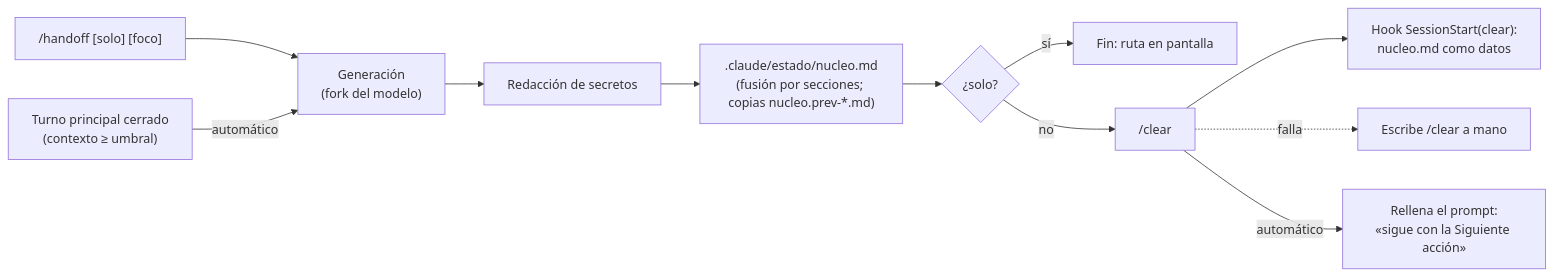
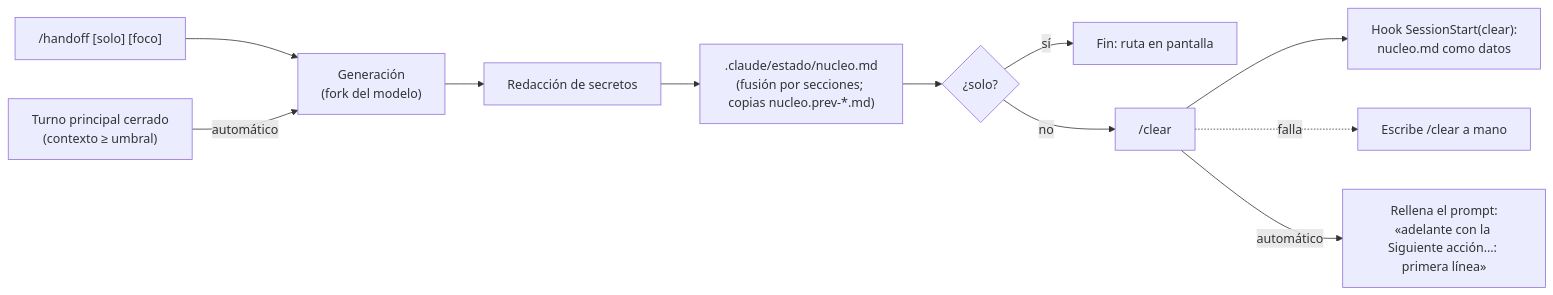
The diagram in kit/docs/11-cockpit.md (manuelcozar55/setup-claude-code), drawn with Mermaid before and after one commit. The commit also changed other lines of this file and 4 other files, not shown here.

````diff
--- a/kit/docs/11-cockpit.md
+++ b/kit/docs/11-cockpit.md
@@ -43,13 +43,13 @@
 ```mermaid
 flowchart LR
   A["/handoff [solo] [foco]"] --> B["Generación<br/>(fork del modelo)"]
   B --> C["Redacción de secretos"]
   C --> D[".claude/estado/nucleo.md<br/>(fusión por secciones; copias nucleo.prev-*.md)"]
   D --> E{"¿solo?"}
   E -->|"sí"| F["Fin: ruta en pantalla"]
   E -->|"no"| G["/clear"]
   G --> H["Hook SessionStart(clear):<br/>nucleo.md como datos"]
   G -.->|"falla"| I["Escribe /clear a mano"]
   T["Turno principal cerrado<br/>(contexto ≥ umbral)"] -->|"automático"| B
-  G -->|"automático"| P["Rellena el prompt:<br/>«sigue con la Siguiente acción»"]
+  G -->|"automático"| P["Rellena el prompt:<br/>«adelante con la Siguiente acción…: primera línea»"]
 ```
````
